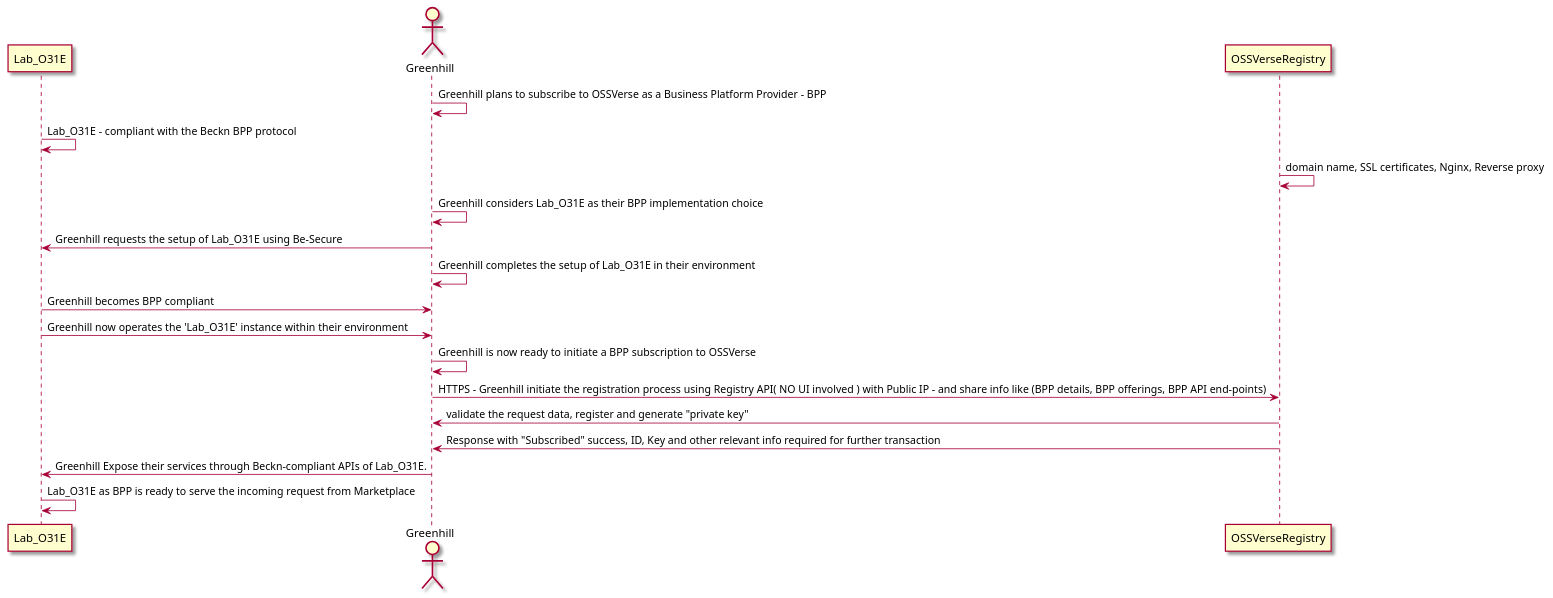
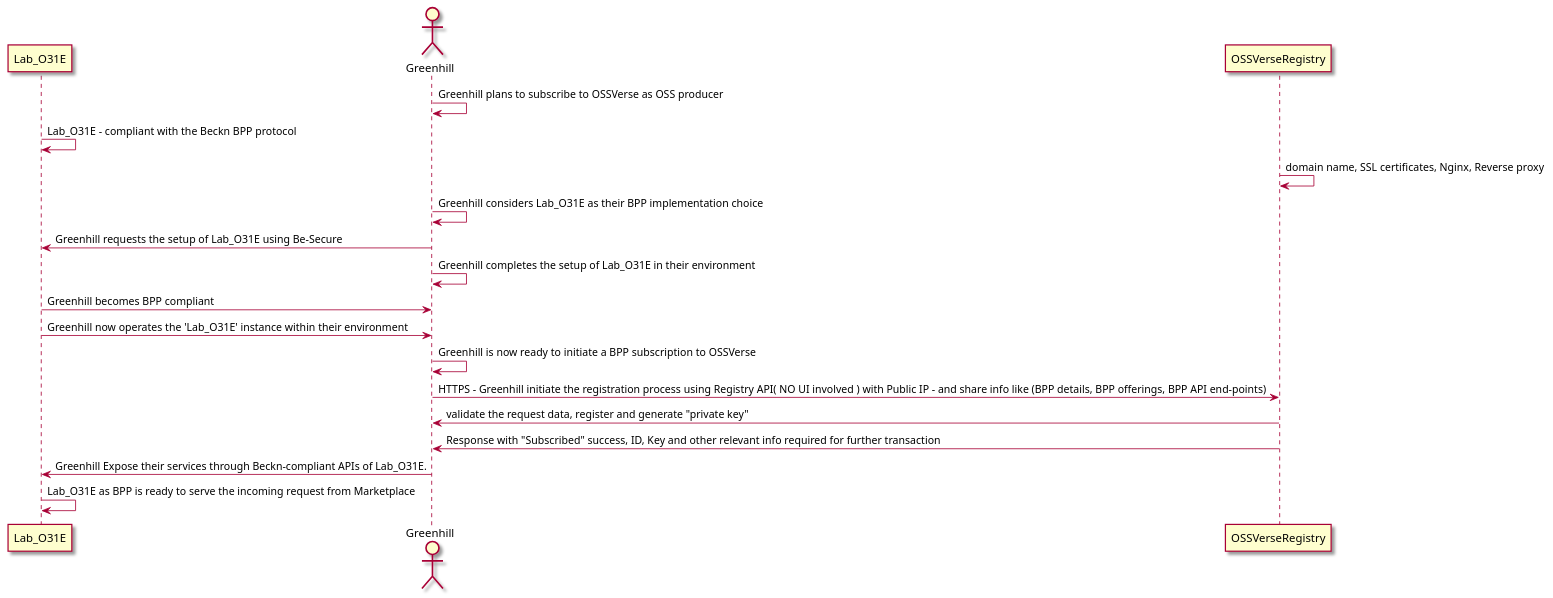
Before and after one commit to OSSVerse/OSSVerse: the diagram in docs/puml/TechnicalArchitecture_BPP_onboarding.puml, drawn with PlantUML.

Commit message:
Architecture deesign - BPP on-boarding, updated

```diff
--- a/docs/puml/TechnicalArchitecture_BPP_onboarding.puml
+++ b/docs/puml/TechnicalArchitecture_BPP_onboarding.puml
@@ -1,27 +1,27 @@
 @startuml
 
 skin rose
 actor Greenhill as Greenhill
-Greenhill -> Greenhill: Greenhill plans to subscribe to OSSVerse as a Business Platform Provider - BPP
+Greenhill -> Greenhill: Greenhill plans to subscribe to OSSVerse as OSS producer
 
 
 Lab_O31E -> Lab_O31E: Lab_O31E - compliant with the Beckn BPP protocol
 actor Greenhill as Greenhill
 OSSVerseRegistry -> OSSVerseRegistry: domain name, SSL certificates, Nginx, Reverse proxy 
 
 
 Greenhill -> Greenhill: Greenhill considers Lab_O31E as their BPP implementation choice
 Greenhill -> Lab_O31E: Greenhill requests the setup of Lab_O31E using Be-Secure
 Greenhill -> Greenhill: Greenhill completes the setup of Lab_O31E in their environment
 Lab_O31E -> Greenhill: Greenhill becomes BPP compliant
 Lab_O31E -> Greenhill: Greenhill now operates the 'Lab_O31E' instance within their environment
 Greenhill -> Greenhill: Greenhill is now ready to initiate a BPP subscription to OSSVerse
 Greenhill -> OSSVerseRegistry: HTTPS - Greenhill initiate the registration process using Registry API( NO UI involved ) with Public IP - and share info like (BPP details, BPP offerings, BPP API end-points)
 
 OSSVerseRegistry -> Greenhill: validate the request data, register and generate "private key"
 OSSVerseRegistry -> Greenhill: Response with "Subscribed" success, ID, Key and other relevant info required for further transaction
 
 Greenhill -> Lab_O31E: Greenhill Expose their services through Beckn-compliant APIs of Lab_O31E.
 Lab_O31E -> Lab_O31E: Lab_O31E as BPP is ready to serve the incoming request from Marketplace
 
 @enduml
```
